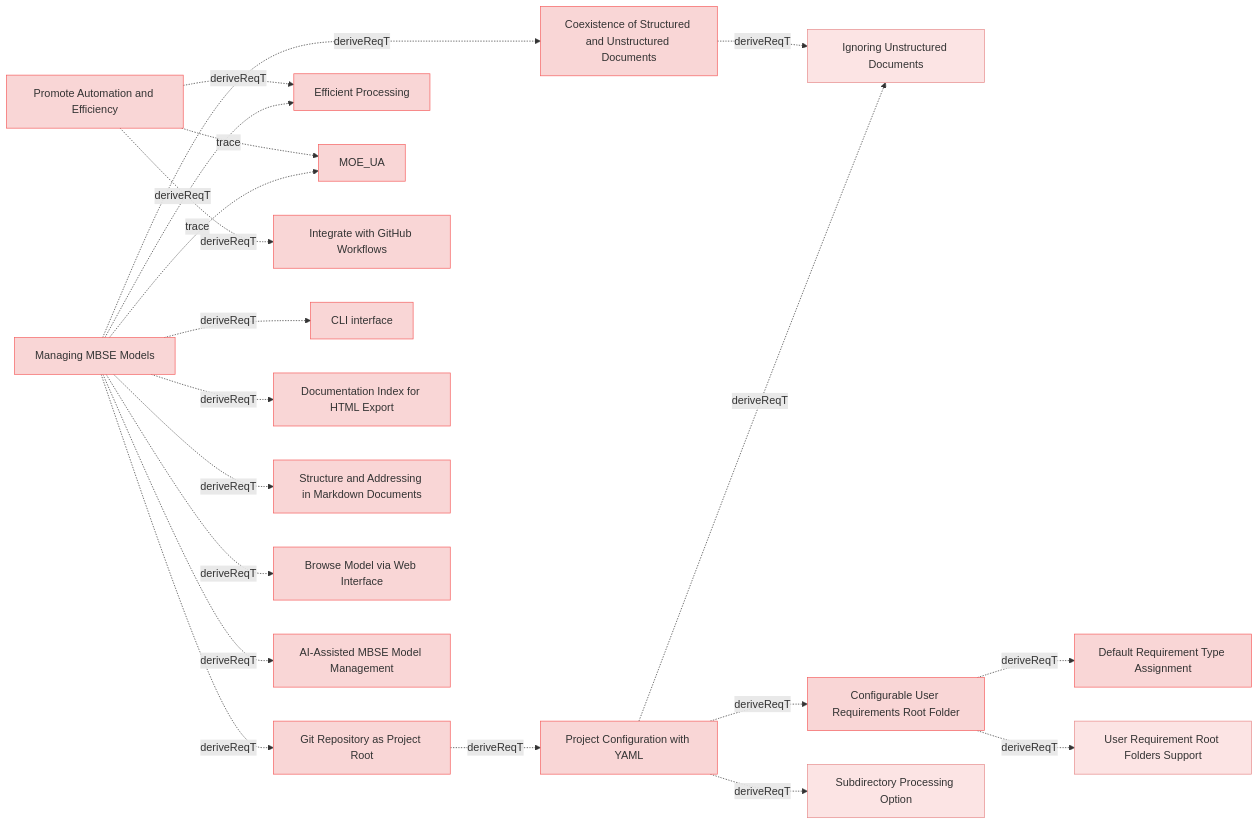
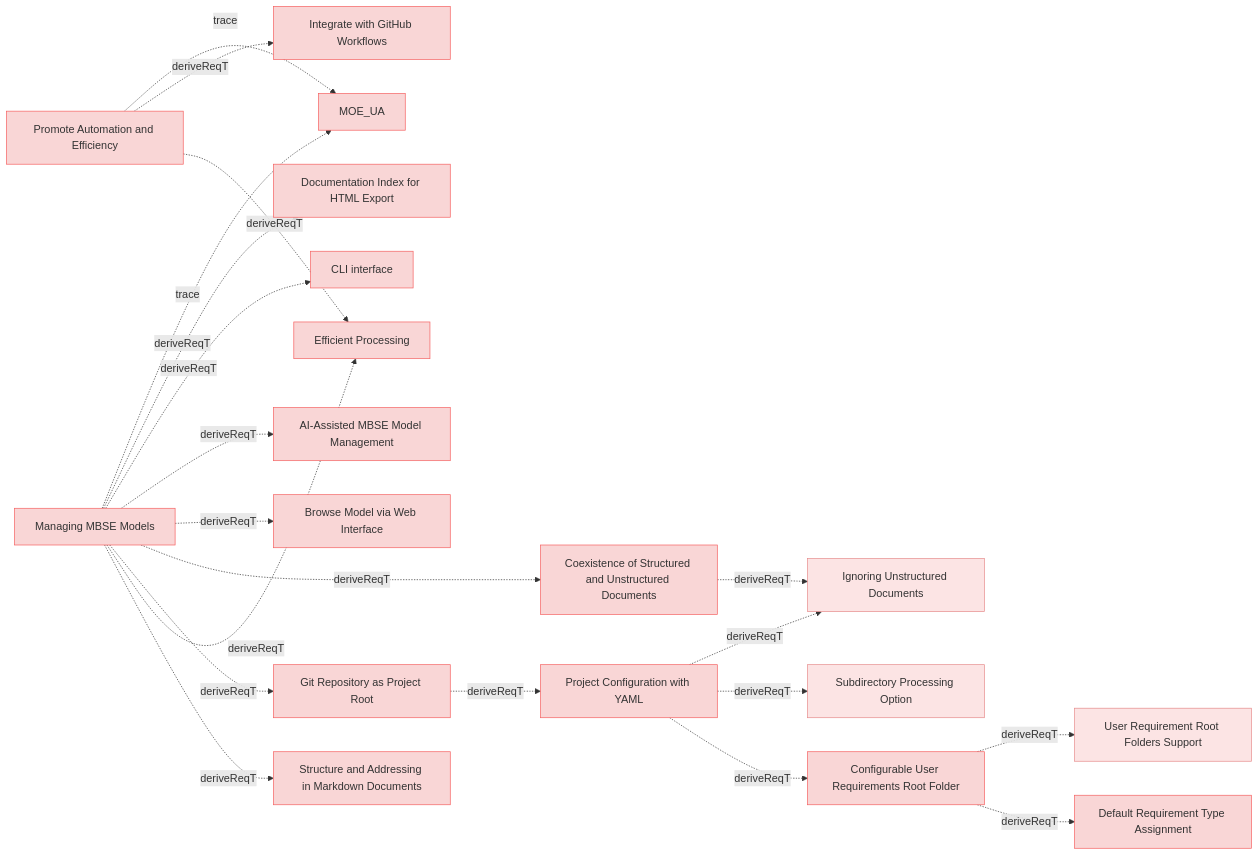
The diagram in specifications/ManagingMbseModelsRequirements.md (reqvire-org/reqvire), drawn with Mermaid before and after one commit. The commit also changed other lines of this file and 81 other files, not shown here.

````diff
--- a/specifications/ManagingMbseModelsRequirements.md
+++ b/specifications/ManagingMbseModelsRequirements.md
@@ -10,77 +10,77 @@
   classDef verification fill:#d6f9d6,stroke:#5fd75f,stroke-width:1px;
   classDef default fill:#f5f5f5,stroke:#333333,stroke-width:1px;
 
-  649d72765b13e14f["Git Repository as Project Root"];
-  class 649d72765b13e14f userRequirement;
-  click 649d72765b13e14f "ManagingMbseModelsRequirements.md#git-repository-as-project-root";
   16b4b380c917deb1["Project Configuration with YAML"];
   class 16b4b380c917deb1 userRequirement;
   click 16b4b380c917deb1 "ManagingMbseModelsRequirements.md#project-configuration-with-yaml";
-  649d72765b13e14f -.->|deriveReqT| 16b4b380c917deb1;
-  f0d721424636370e["Coexistence of Structured and Unstructured Documents"];
-  class f0d721424636370e userRequirement;
-  click f0d721424636370e "ManagingMbseModelsRequirements.md#coexistence-of-structured-and-unstructured-documents";
   be83c2991e9535c7["Ignoring Unstructured Documents"];
   class be83c2991e9535c7 systemRequirement;
   click be83c2991e9535c7 "SystemRequirements/Requirements.md#ignoring-unstructured-documents";
-  f0d721424636370e -.->|deriveReqT| be83c2991e9535c7;
   16b4b380c917deb1 -.->|deriveReqT| be83c2991e9535c7;
+  7bdf935ec6d8effe["Subdirectory Processing Option"];
+  class 7bdf935ec6d8effe systemRequirement;
+  click 7bdf935ec6d8effe "SystemRequirements/Requirements.md#subdirectory-processing-option";
+  16b4b380c917deb1 -.->|deriveReqT| 7bdf935ec6d8effe;
   d9354ef2eca0f2d0["Configurable User Requirements Root Folder"];
   class d9354ef2eca0f2d0 userRequirement;
   click d9354ef2eca0f2d0 "ManagingMbseModelsRequirements.md#configurable-user-requirements-root-folder";
   16b4b380c917deb1 -.->|deriveReqT| d9354ef2eca0f2d0;
-  7bdf935ec6d8effe["Subdirectory Processing Option"];
-  class 7bdf935ec6d8effe systemRequirement;
-  click 7bdf935ec6d8effe "SystemRequirements/Requirements.md#subdirectory-processing-option";
-  16b4b380c917deb1 -.->|deriveReqT| 7bdf935ec6d8effe;
+  f0d721424636370e["Coexistence of Structured and Unstructured Documents"];
+  class f0d721424636370e userRequirement;
+  click f0d721424636370e "ManagingMbseModelsRequirements.md#coexistence-of-structured-and-unstructured-documents";
+  f0d721424636370e -.->|deriveReqT| be83c2991e9535c7;
   c9cc6878a73bb951["Default Requirement Type Assignment"];
   class c9cc6878a73bb951 userRequirement;
   click c9cc6878a73bb951 "ManagingMbseModelsRequirements.md#default-requirement-type-assignment";
-  d9354ef2eca0f2d0 -.->|deriveReqT| c9cc6878a73bb951;
+  649d72765b13e14f["Git Repository as Project Root"];
+  class 649d72765b13e14f userRequirement;
+  click 649d72765b13e14f "ManagingMbseModelsRequirements.md#git-repository-as-project-root";
+  649d72765b13e14f -.->|deriveReqT| 16b4b380c917deb1;
+  d193d11c43776bec["Efficient Processing"];
+  class d193d11c43776bec userRequirement;
+  click d193d11c43776bec "ManagingMbseModelsRequirements.md#efficient-processing";
   a9d6e2569d5acd60["User Requirement Root Folders Support"];
   class a9d6e2569d5acd60 systemRequirement;
   click a9d6e2569d5acd60 "SystemRequirements/Requirements.md#user-requirement-root-folders-support";
   d9354ef2eca0f2d0 -.->|deriveReqT| a9d6e2569d5acd60;
-  d193d11c43776bec["Efficient Processing"];
-  class d193d11c43776bec userRequirement;
-  click d193d11c43776bec "ManagingMbseModelsRequirements.md#efficient-processing";
+  d9354ef2eca0f2d0 -.->|deriveReqT| c9cc6878a73bb951;
+  e61b7c1baa89bfc6["Managing MBSE Models"];
+  class e61b7c1baa89bfc6 userRequirement;
+  click e61b7c1baa89bfc6 "UserStories.md#managing-mbse-models";
+  2c5f30f14e792200["MOE_UA"];
+  class 2c5f30f14e792200 userRequirement;
+  click 2c5f30f14e792200 "MOEs.md#moe_ua";
+  e61b7c1baa89bfc6 -.->|trace| 2c5f30f14e792200;
+  2f4125edaacb1231["Documentation Index for HTML Export"];
+  class 2f4125edaacb1231 userRequirement;
+  click 2f4125edaacb1231 "UserRequirements.md#documentation-index-for-html-export";
+  e61b7c1baa89bfc6 -.->|deriveReqT| 2f4125edaacb1231;
+  f28849d46c19af44["CLI interface"];
+  class f28849d46c19af44 userRequirement;
+  click f28849d46c19af44 "UserRequirements.md#cli-interface";
+  e61b7c1baa89bfc6 -.->|deriveReqT| f28849d46c19af44;
+  cd2d5dab49985ca2["AI-Assisted MBSE Model Management"];
+  class cd2d5dab49985ca2 userRequirement;
+  click cd2d5dab49985ca2 "UserStories.md#ai-assisted-mbse-model-management";
+  e61b7c1baa89bfc6 -.->|deriveReqT| cd2d5dab49985ca2;
+  a44b59684c593d1e["Browse Model via Web Interface"];
+  class a44b59684c593d1e userRequirement;
+  click a44b59684c593d1e "UserRequirements.md#browse-model-via-web-interface";
+  e61b7c1baa89bfc6 -.->|deriveReqT| a44b59684c593d1e;
+  e61b7c1baa89bfc6 -.->|deriveReqT| f0d721424636370e;
+  e61b7c1baa89bfc6 -.->|deriveReqT| 649d72765b13e14f;
+  e61b7c1baa89bfc6 -.->|deriveReqT| d193d11c43776bec;
+  ade67c27bc5d3bbd["Structure and Addressing in Markdown Documents"];
+  class ade67c27bc5d3bbd userRequirement;
+  click ade67c27bc5d3bbd "SpecificationsRequirements.md#structure-and-addressing-in-markdown-documents";
+  e61b7c1baa89bfc6 -.->|deriveReqT| ade67c27bc5d3bbd;
   80166c5161b33956["Promote Automation and Efficiency"];
   class 80166c5161b33956 userRequirement;
   click 80166c5161b33956 "MissionRequirements.md#promote-automation-and-efficiency";
-  2c5f30f14e792200["MOE_UA"];
-  class 2c5f30f14e792200 userRequirement;
-  click 2c5f30f14e792200 "MOEs.md#moe_ua";
   80166c5161b33956 -.->|trace| 2c5f30f14e792200;
   98eaeddc27f99e11["Integrate with GitHub Workflows"];
   class 98eaeddc27f99e11 userRequirement;
   click 98eaeddc27f99e11 "UserStories.md#integrate-with-github-workflows";
   80166c5161b33956 -.->|deriveReqT| 98eaeddc27f99e11;
   80166c5161b33956 -.->|deriveReqT| d193d11c43776bec;
-  e61b7c1baa89bfc6["Managing MBSE Models"];
-  class e61b7c1baa89bfc6 userRequirement;
-  click e61b7c1baa89bfc6 "UserStories.md#managing-mbse-models";
-  e61b7c1baa89bfc6 -.->|trace| 2c5f30f14e792200;
-  f28849d46c19af44["CLI interface"];
-  class f28849d46c19af44 userRequirement;
-  click f28849d46c19af44 "UserRequirements.md#cli-interface";
-  e61b7c1baa89bfc6 -.->|deriveReqT| f28849d46c19af44;
-  e61b7c1baa89bfc6 -.->|deriveReqT| 649d72765b13e14f;
-  e61b7c1baa89bfc6 -.->|deriveReqT| f0d721424636370e;
-  2f4125edaacb1231["Documentation Index for HTML Export"];
-  class 2f4125edaacb1231 userRequirement;
-  click 2f4125edaacb1231 "UserRequirements.md#documentation-index-for-html-export";
-  e61b7c1baa89bfc6 -.->|deriveReqT| 2f4125edaacb1231;
-  e61b7c1baa89bfc6 -.->|deriveReqT| d193d11c43776bec;
-  ade67c27bc5d3bbd["Structure and Addressing in Markdown Documents"];
-  class ade67c27bc5d3bbd userRequirement;
-  click ade67c27bc5d3bbd "SpecificationsRequirements.md#structure-and-addressing-in-markdown-documents";
-  e61b7c1baa89bfc6 -.->|deriveReqT| ade67c27bc5d3bbd;
-  a44b59684c593d1e["Browse Model via Web Interface"];
-  class a44b59684c593d1e userRequirement;
-  click a44b59684c593d1e "UserRequirements.md#browse-model-via-web-interface";
-  e61b7c1baa89bfc6 -.->|deriveReqT| a44b59684c593d1e;
-  cd2d5dab49985ca2["AI-Assisted MBSE Model Management"];
-  class cd2d5dab49985ca2 userRequirement;
-  click cd2d5dab49985ca2 "UserStories.md#ai-assisted-mbse-model-management";
-  e61b7c1baa89bfc6 -.->|deriveReqT| cd2d5dab49985ca2;
 ```
````
